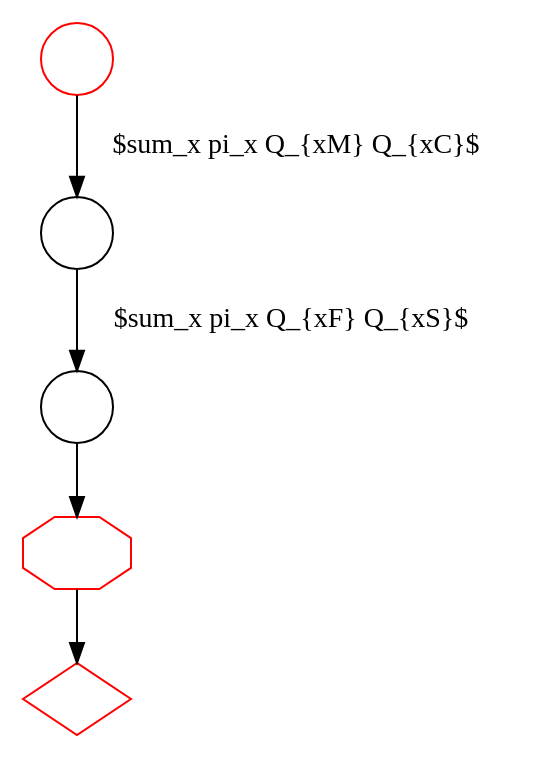
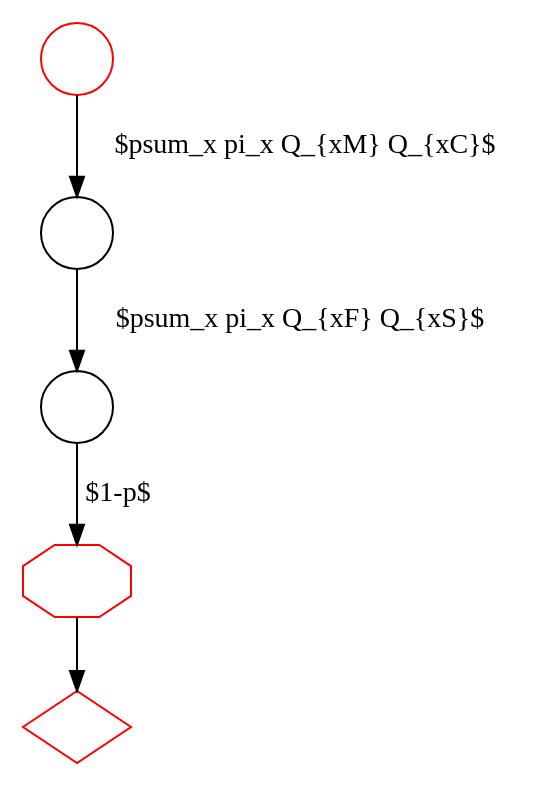
One commit to ihh/transducer-tutorial changed the diagram in root-fork-subcs-submf.dot. Above: the diagram before and after it, drawn with Graphviz. The commit also changed 1 other file, not shown here.

```diff
--- a/root-fork-subcs-submf.dot
+++ b/root-fork-subcs-submf.dot
@@ -1,14 +1,15 @@
 digraph G {
     S [label="", shape=circle, color=red];
     E [label="", shape=diamond, color=red];
     W [label="", shape=octagon, color=red];
     
     D1 [label="", shape=circle];
     D2 [label="", shape=circle];
 
-S->D1 [label="$\sum_x \pi_x Q_{xM} Q_{xC}$"];
-D1->D2 [label="$\sum_x \pi_x Q_{xF} Q_{xS}$"];
-D2->W->E;
+S->D1 [label="$p\sum_x \pi_x Q_{xM} Q_{xC}$"];
+D1->D2 [label="$p\sum_x \pi_x Q_{xF} Q_{xS}$"];
+D2->W [label="$1-p$"];
+W->E;
 
 
 }
```
